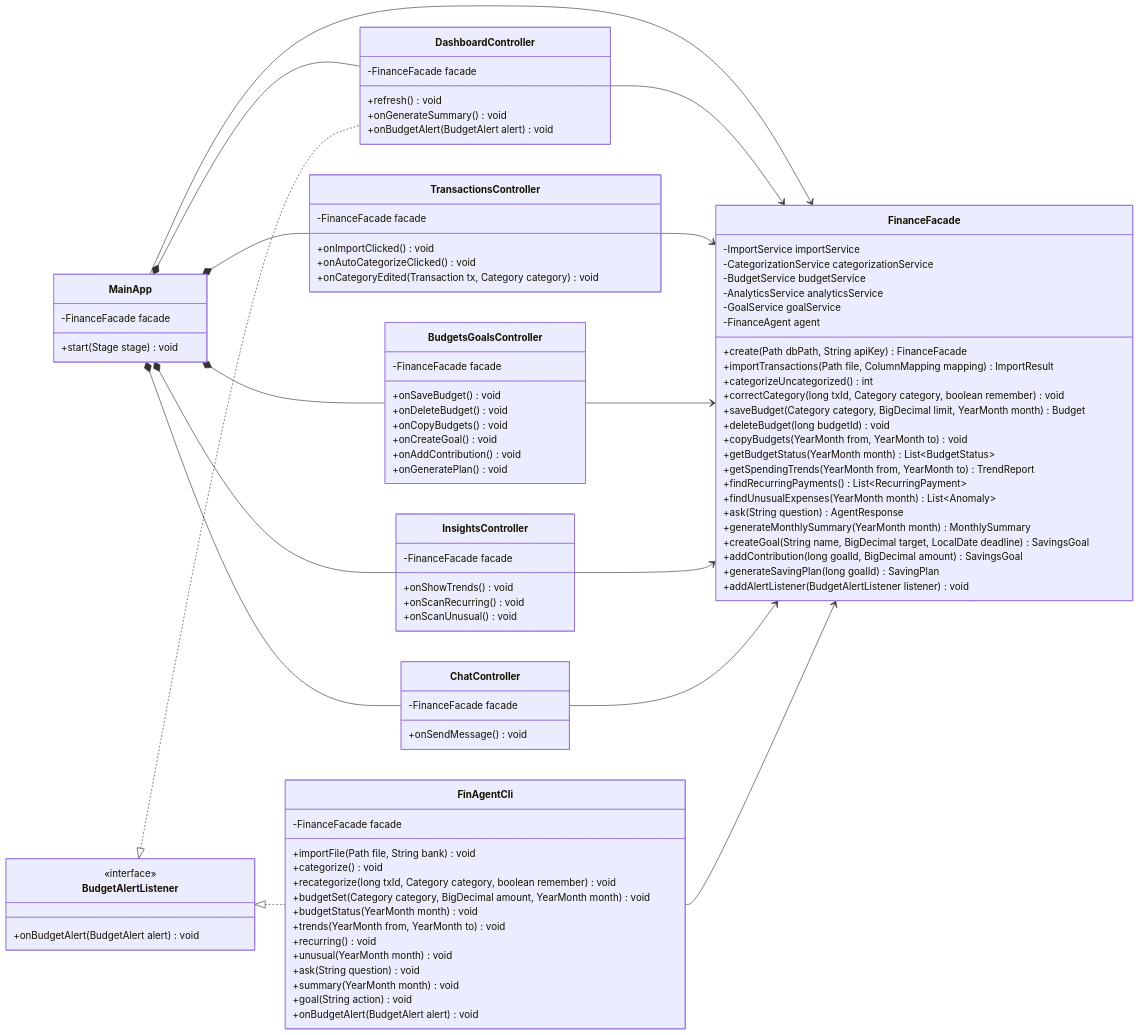
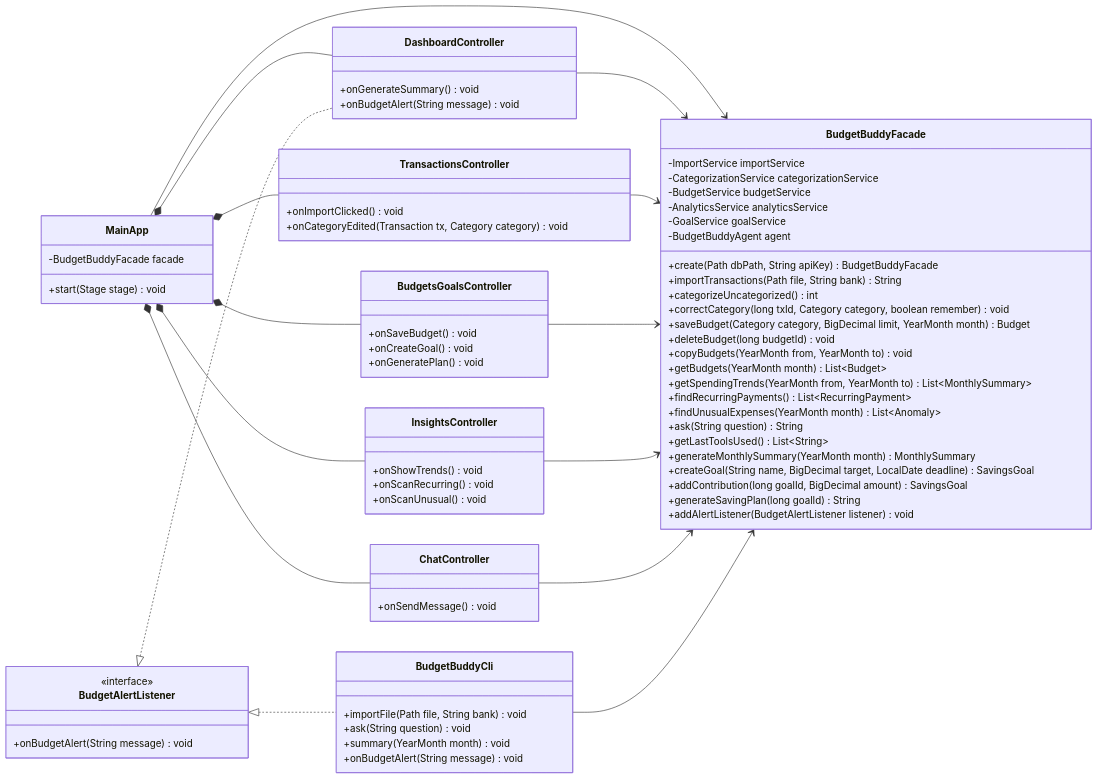
One commit to Abdi238/EECS3311-course-project changed the second of 11 diagrams in docs/Stage1_Report.md. Above: the diagram before and after it, drawn with Mermaid. The commit also changed other lines of this file, not shown here.

````diff
--- a/docs/Stage1_Report.md
+++ b/docs/Stage1_Report.md
@@ -251,99 +251,80 @@
 ```mermaid
 classDiagram
     direction LR
-
     class MainApp {
-        -FinanceFacade facade
+        -BudgetBuddyFacade facade
         +start(Stage stage) void
     }
     class DashboardController {
-        -FinanceFacade facade
-        +refresh() void
         +onGenerateSummary() void
-        +onBudgetAlert(BudgetAlert alert) void
+        +onBudgetAlert(String message) void
     }
     class TransactionsController {
-        -FinanceFacade facade
         +onImportClicked() void
-        +onAutoCategorizeClicked() void
         +onCategoryEdited(Transaction tx, Category category) void
     }
     class BudgetsGoalsController {
-        -FinanceFacade facade
         +onSaveBudget() void
-        +onDeleteBudget() void
-        +onCopyBudgets() void
         +onCreateGoal() void
-        +onAddContribution() void
         +onGeneratePlan() void
     }
     class InsightsController {
-        -FinanceFacade facade
         +onShowTrends() void
         +onScanRecurring() void
         +onScanUnusual() void
     }
     class ChatController {
-        -FinanceFacade facade
         +onSendMessage() void
     }
-    class FinAgentCli {
-        -FinanceFacade facade
+    class BudgetBuddyCli {
         +importFile(Path file, String bank) void
-        +categorize() void
-        +recategorize(long txId, Category category, boolean remember) void
-        +budgetSet(Category category, BigDecimal amount, YearMonth month) void
-        +budgetStatus(YearMonth month) void
-        +trends(YearMonth from, YearMonth to) void
-        +recurring() void
-        +unusual(YearMonth month) void
         +ask(String question) void
         +summary(YearMonth month) void
-        +goal(String action) void
-        +onBudgetAlert(BudgetAlert alert) void
+        +onBudgetAlert(String message) void
     }
     class BudgetAlertListener {
         <<interface>>
-        +onBudgetAlert(BudgetAlert alert) void
+        +onBudgetAlert(String message) void
     }
-    class FinanceFacade {
+    class BudgetBuddyFacade {
         -ImportService importService
         -CategorizationService categorizationService
         -BudgetService budgetService
         -AnalyticsService analyticsService
         -GoalService goalService
-        -FinanceAgent agent
-        +create(Path dbPath, String apiKey) FinanceFacade
-        +importTransactions(Path file, ColumnMapping mapping) ImportResult
+        -BudgetBuddyAgent agent
+        +create(Path dbPath, String apiKey) BudgetBuddyFacade
+        +importTransactions(Path file, String bank) String
         +categorizeUncategorized() int
         +correctCategory(long txId, Category category, boolean remember) void
         +saveBudget(Category category, BigDecimal limit, YearMonth month) Budget
         +deleteBudget(long budgetId) void
         +copyBudgets(YearMonth from, YearMonth to) void
-        +getBudgetStatus(YearMonth month) List~BudgetStatus~
-        +getSpendingTrends(YearMonth from, YearMonth to) TrendReport
+        +getBudgets(YearMonth month) List~Budget~
+        +getSpendingTrends(YearMonth from, YearMonth to) List~MonthlySummary~
         +findRecurringPayments() List~RecurringPayment~
         +findUnusualExpenses(YearMonth month) List~Anomaly~
-        +ask(String question) AgentResponse
+        +ask(String question) String
+        +getLastToolsUsed() List~String~
         +generateMonthlySummary(YearMonth month) MonthlySummary
         +createGoal(String name, BigDecimal target, LocalDate deadline) SavingsGoal
         +addContribution(long goalId, BigDecimal amount) SavingsGoal
-        +generateSavingPlan(long goalId) SavingPlan
+        +generateSavingPlan(long goalId) String
         +addAlertListener(BudgetAlertListener listener) void
     }
 
-    MainApp --> FinanceFacade
+    MainApp --> BudgetBuddyFacade
     MainApp *-- DashboardController
     MainApp *-- TransactionsController
     MainApp *-- BudgetsGoalsController
     MainApp *-- InsightsController
     MainApp *-- ChatController
-    DashboardController --> FinanceFacade
-    TransactionsController --> FinanceFacade
-    BudgetsGoalsController --> FinanceFacade
-    InsightsController --> FinanceFacade
-    ChatController --> FinanceFacade
-    FinAgentCli --> FinanceFacade
+    DashboardController --> BudgetBuddyFacade
+    TransactionsController --> BudgetBuddyFacade
+    BudgetsGoalsController --> BudgetBuddyFacade
+    InsightsController --> BudgetBuddyFacade
+    ChatController --> BudgetBuddyFacade
+    BudgetBuddyCli --> BudgetBuddyFacade
     BudgetAlertListener <|.. DashboardController
-    BudgetAlertListener <|.. FinAgentCli
+    BudgetAlertListener <|.. BudgetBuddyCli
 ```
````
